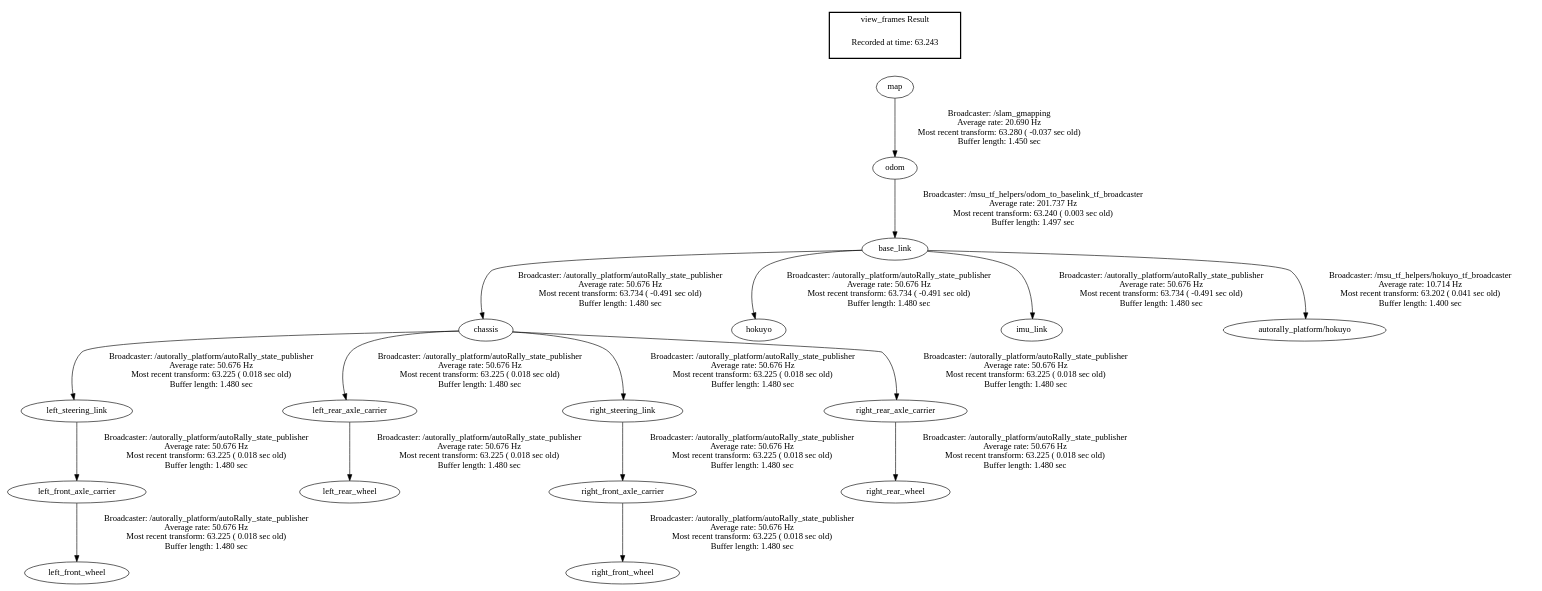
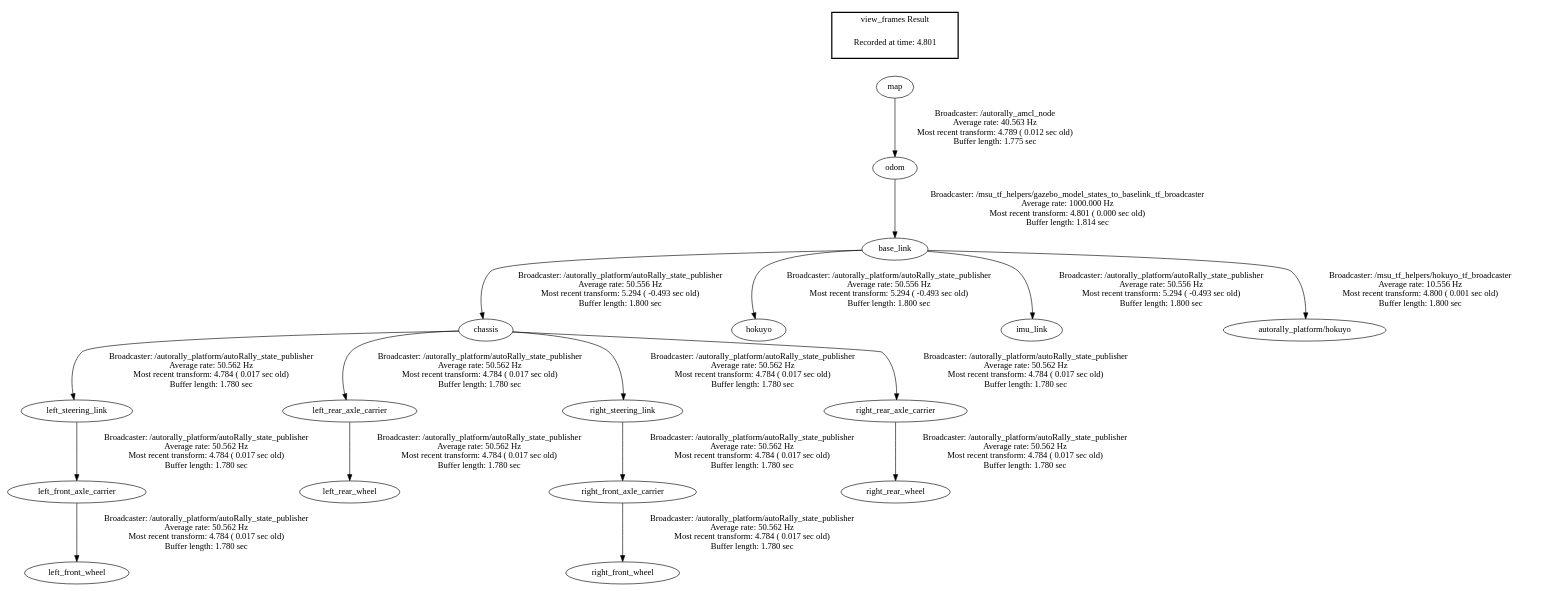
Before and after one commit to mckinleyphilip/msu_autorally_src: the diagram in autorally/frames.gv, drawn with Graphviz. The commit also changed 13 other files, not shown here.

```diff
--- a/autorally/frames.gv
+++ b/autorally/frames.gv
@@ -1,22 +1,22 @@
 digraph G {
-"odom" -> "base_link"[label="Broadcaster: /msu_tf_helpers/odom_to_baselink_tf_broadcaster\nAverage rate: 201.737 Hz\nMost recent transform: 63.240 ( 0.003 sec old)\nBuffer length: 1.497 sec\n"];
-"map" -> "odom"[label="Broadcaster: /slam_gmapping\nAverage rate: 20.690 Hz\nMost recent transform: 63.280 ( -0.037 sec old)\nBuffer length: 1.450 sec\n"];
-"left_front_axle_carrier" -> "left_front_wheel"[label="Broadcaster: /autorally_platform/autoRally_state_publisher\nAverage rate: 50.676 Hz\nMost recent transform: 63.225 ( 0.018 sec old)\nBuffer length: 1.480 sec\n"];
-"left_steering_link" -> "left_front_axle_carrier"[label="Broadcaster: /autorally_platform/autoRally_state_publisher\nAverage rate: 50.676 Hz\nMost recent transform: 63.225 ( 0.018 sec old)\nBuffer length: 1.480 sec\n"];
-"chassis" -> "left_steering_link"[label="Broadcaster: /autorally_platform/autoRally_state_publisher\nAverage rate: 50.676 Hz\nMost recent transform: 63.225 ( 0.018 sec old)\nBuffer length: 1.480 sec\n"];
-"base_link" -> "chassis"[label="Broadcaster: /autorally_platform/autoRally_state_publisher\nAverage rate: 50.676 Hz\nMost recent transform: 63.734 ( -0.491 sec old)\nBuffer length: 1.480 sec\n"];
-"left_rear_axle_carrier" -> "left_rear_wheel"[label="Broadcaster: /autorally_platform/autoRally_state_publisher\nAverage rate: 50.676 Hz\nMost recent transform: 63.225 ( 0.018 sec old)\nBuffer length: 1.480 sec\n"];
-"chassis" -> "left_rear_axle_carrier"[label="Broadcaster: /autorally_platform/autoRally_state_publisher\nAverage rate: 50.676 Hz\nMost recent transform: 63.225 ( 0.018 sec old)\nBuffer length: 1.480 sec\n"];
-"right_front_axle_carrier" -> "right_front_wheel"[label="Broadcaster: /autorally_platform/autoRally_state_publisher\nAverage rate: 50.676 Hz\nMost recent transform: 63.225 ( 0.018 sec old)\nBuffer length: 1.480 sec\n"];
-"right_steering_link" -> "right_front_axle_carrier"[label="Broadcaster: /autorally_platform/autoRally_state_publisher\nAverage rate: 50.676 Hz\nMost recent transform: 63.225 ( 0.018 sec old)\nBuffer length: 1.480 sec\n"];
-"chassis" -> "right_steering_link"[label="Broadcaster: /autorally_platform/autoRally_state_publisher\nAverage rate: 50.676 Hz\nMost recent transform: 63.225 ( 0.018 sec old)\nBuffer length: 1.480 sec\n"];
-"right_rear_axle_carrier" -> "right_rear_wheel"[label="Broadcaster: /autorally_platform/autoRally_state_publisher\nAverage rate: 50.676 Hz\nMost recent transform: 63.225 ( 0.018 sec old)\nBuffer length: 1.480 sec\n"];
-"chassis" -> "right_rear_axle_carrier"[label="Broadcaster: /autorally_platform/autoRally_state_publisher\nAverage rate: 50.676 Hz\nMost recent transform: 63.225 ( 0.018 sec old)\nBuffer length: 1.480 sec\n"];
-"base_link" -> "hokuyo"[label="Broadcaster: /autorally_platform/autoRally_state_publisher\nAverage rate: 50.676 Hz\nMost recent transform: 63.734 ( -0.491 sec old)\nBuffer length: 1.480 sec\n"];
-"base_link" -> "imu_link"[label="Broadcaster: /autorally_platform/autoRally_state_publisher\nAverage rate: 50.676 Hz\nMost recent transform: 63.734 ( -0.491 sec old)\nBuffer length: 1.480 sec\n"];
-"base_link" -> "autorally_platform/hokuyo"[label="Broadcaster: /msu_tf_helpers/hokuyo_tf_broadcaster\nAverage rate: 10.714 Hz\nMost recent transform: 63.202 ( 0.041 sec old)\nBuffer length: 1.400 sec\n"];
+"odom" -> "base_link"[label="Broadcaster: /msu_tf_helpers/gazebo_model_states_to_baselink_tf_broadcaster\nAverage rate: 1000.000 Hz\nMost recent transform: 4.801 ( 0.000 sec old)\nBuffer length: 1.814 sec\n"];
+"map" -> "odom"[label="Broadcaster: /autorally_amcl_node\nAverage rate: 40.563 Hz\nMost recent transform: 4.789 ( 0.012 sec old)\nBuffer length: 1.775 sec\n"];
+"base_link" -> "chassis"[label="Broadcaster: /autorally_platform/autoRally_state_publisher\nAverage rate: 50.556 Hz\nMost recent transform: 5.294 ( -0.493 sec old)\nBuffer length: 1.800 sec\n"];
+"base_link" -> "hokuyo"[label="Broadcaster: /autorally_platform/autoRally_state_publisher\nAverage rate: 50.556 Hz\nMost recent transform: 5.294 ( -0.493 sec old)\nBuffer length: 1.800 sec\n"];
+"base_link" -> "imu_link"[label="Broadcaster: /autorally_platform/autoRally_state_publisher\nAverage rate: 50.556 Hz\nMost recent transform: 5.294 ( -0.493 sec old)\nBuffer length: 1.800 sec\n"];
+"base_link" -> "autorally_platform/hokuyo"[label="Broadcaster: /msu_tf_helpers/hokuyo_tf_broadcaster\nAverage rate: 10.556 Hz\nMost recent transform: 4.800 ( 0.001 sec old)\nBuffer length: 1.800 sec\n"];
+"left_front_axle_carrier" -> "left_front_wheel"[label="Broadcaster: /autorally_platform/autoRally_state_publisher\nAverage rate: 50.562 Hz\nMost recent transform: 4.784 ( 0.017 sec old)\nBuffer length: 1.780 sec\n"];
+"left_steering_link" -> "left_front_axle_carrier"[label="Broadcaster: /autorally_platform/autoRally_state_publisher\nAverage rate: 50.562 Hz\nMost recent transform: 4.784 ( 0.017 sec old)\nBuffer length: 1.780 sec\n"];
+"chassis" -> "left_steering_link"[label="Broadcaster: /autorally_platform/autoRally_state_publisher\nAverage rate: 50.562 Hz\nMost recent transform: 4.784 ( 0.017 sec old)\nBuffer length: 1.780 sec\n"];
+"left_rear_axle_carrier" -> "left_rear_wheel"[label="Broadcaster: /autorally_platform/autoRally_state_publisher\nAverage rate: 50.562 Hz\nMost recent transform: 4.784 ( 0.017 sec old)\nBuffer length: 1.780 sec\n"];
+"chassis" -> "left_rear_axle_carrier"[label="Broadcaster: /autorally_platform/autoRally_state_publisher\nAverage rate: 50.562 Hz\nMost recent transform: 4.784 ( 0.017 sec old)\nBuffer length: 1.780 sec\n"];
+"right_front_axle_carrier" -> "right_front_wheel"[label="Broadcaster: /autorally_platform/autoRally_state_publisher\nAverage rate: 50.562 Hz\nMost recent transform: 4.784 ( 0.017 sec old)\nBuffer length: 1.780 sec\n"];
+"right_steering_link" -> "right_front_axle_carrier"[label="Broadcaster: /autorally_platform/autoRally_state_publisher\nAverage rate: 50.562 Hz\nMost recent transform: 4.784 ( 0.017 sec old)\nBuffer length: 1.780 sec\n"];
+"chassis" -> "right_steering_link"[label="Broadcaster: /autorally_platform/autoRally_state_publisher\nAverage rate: 50.562 Hz\nMost recent transform: 4.784 ( 0.017 sec old)\nBuffer length: 1.780 sec\n"];
+"right_rear_axle_carrier" -> "right_rear_wheel"[label="Broadcaster: /autorally_platform/autoRally_state_publisher\nAverage rate: 50.562 Hz\nMost recent transform: 4.784 ( 0.017 sec old)\nBuffer length: 1.780 sec\n"];
+"chassis" -> "right_rear_axle_carrier"[label="Broadcaster: /autorally_platform/autoRally_state_publisher\nAverage rate: 50.562 Hz\nMost recent transform: 4.784 ( 0.017 sec old)\nBuffer length: 1.780 sec\n"];
 edge [style=invis];
  subgraph cluster_legend { style=bold; color=black; label ="view_frames Result";
-"Recorded at time: 63.243"[ shape=plaintext ] ;
+"Recorded at time: 4.801"[ shape=plaintext ] ;
  }->"map";
 }
```
